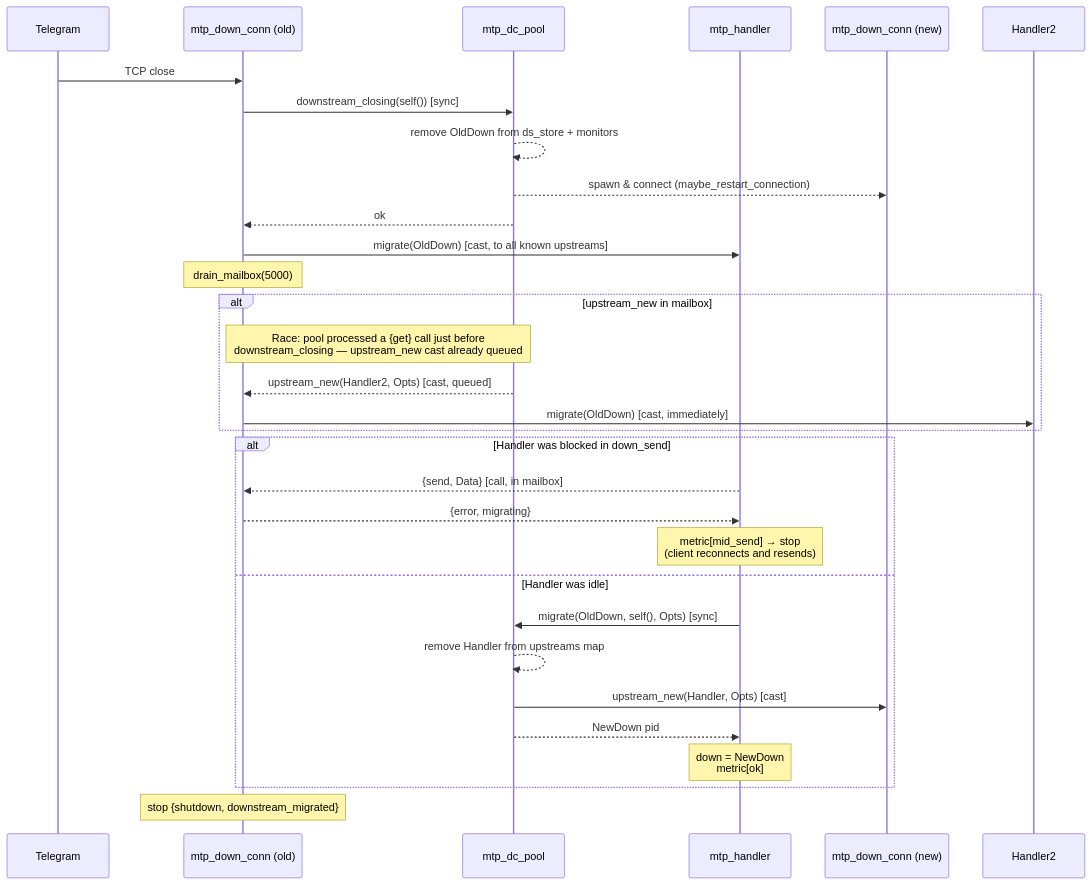
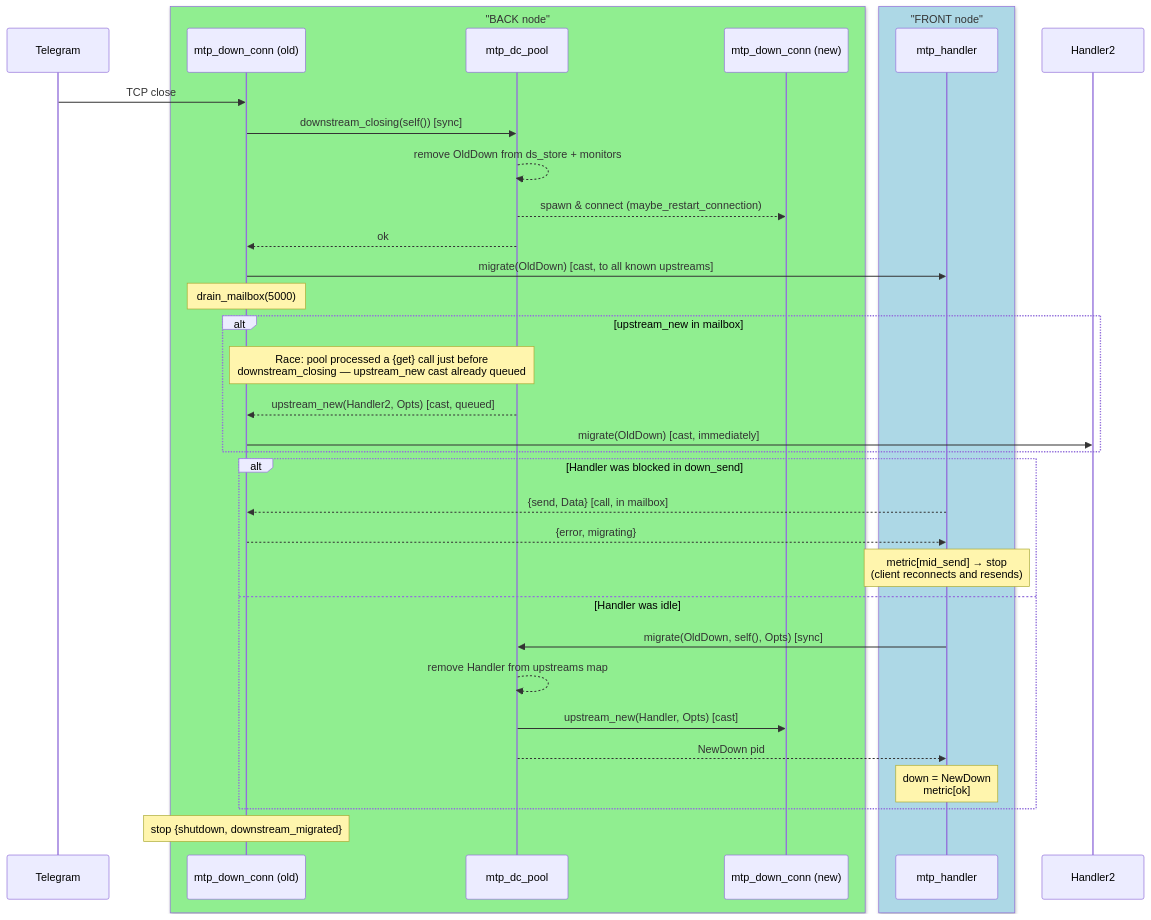
One commit to seriyps/mtproto_proxy changed the diagram in doc/migration-flow.md. Above: the diagram before and after it, drawn with Mermaid. The commit also changed other lines of this file and 7 other files, not shown here.

````diff
--- a/doc/migration-flow.md
+++ b/doc/migration-flow.md
@@ -14,39 +23,43 @@
 ```mermaid
 sequenceDiagram
     participant TG as Telegram
-    participant OldDown as mtp_down_conn (old)
-    participant Pool as mtp_dc_pool
-    participant Handler as mtp_handler
-    participant NewDown as mtp_down_conn (new)
+    box LightGreen "BACK node"
+        participant OldDown as mtp_down_conn (old)
+        participant Pool as mtp_dc_pool
+        participant NewDown as mtp_down_conn (new)
+    end
+    box LightBlue "FRONT node"
+        participant Handler as mtp_handler
+    end
 
     TG->>OldDown: TCP close
 
     OldDown->>Pool: downstream_closing(self()) [sync]
     Pool-->>Pool: remove OldDown from ds_store + monitors
     Pool-->>NewDown: spawn & connect (maybe_restart_connection)
     Pool-->>OldDown: ok
 
     OldDown->>Handler: migrate(OldDown) [cast, to all known upstreams]
 
     Note over OldDown: drain_mailbox(5000)
 
     alt upstream_new in mailbox
         Note over Pool,OldDown: Race: pool processed a {get} call just before<br/>downstream_closing — upstream_new cast already queued
         Pool-->>OldDown: upstream_new(Handler2, Opts) [cast, queued]
         OldDown->>Handler2: migrate(OldDown) [cast, immediately]
     end
 
     alt Handler was blocked in down_send
         Handler-->>OldDown: {send, Data} [call, in mailbox]
         OldDown-->>Handler: {error, migrating}
         Note over Handler: metric[mid_send] → stop<br/>(client reconnects and resends)
     else Handler was idle
         Handler->>Pool: migrate(OldDown, self(), Opts) [sync]
         Pool-->>Pool: remove Handler from upstreams map
         Pool->>NewDown: upstream_new(Handler, Opts) [cast]
         Pool-->>Handler: NewDown pid
         Note over Handler: down = NewDown<br/>metric[ok]
     end
 
     Note over OldDown: stop {shutdown, downstream_migrated}
 ```
````
